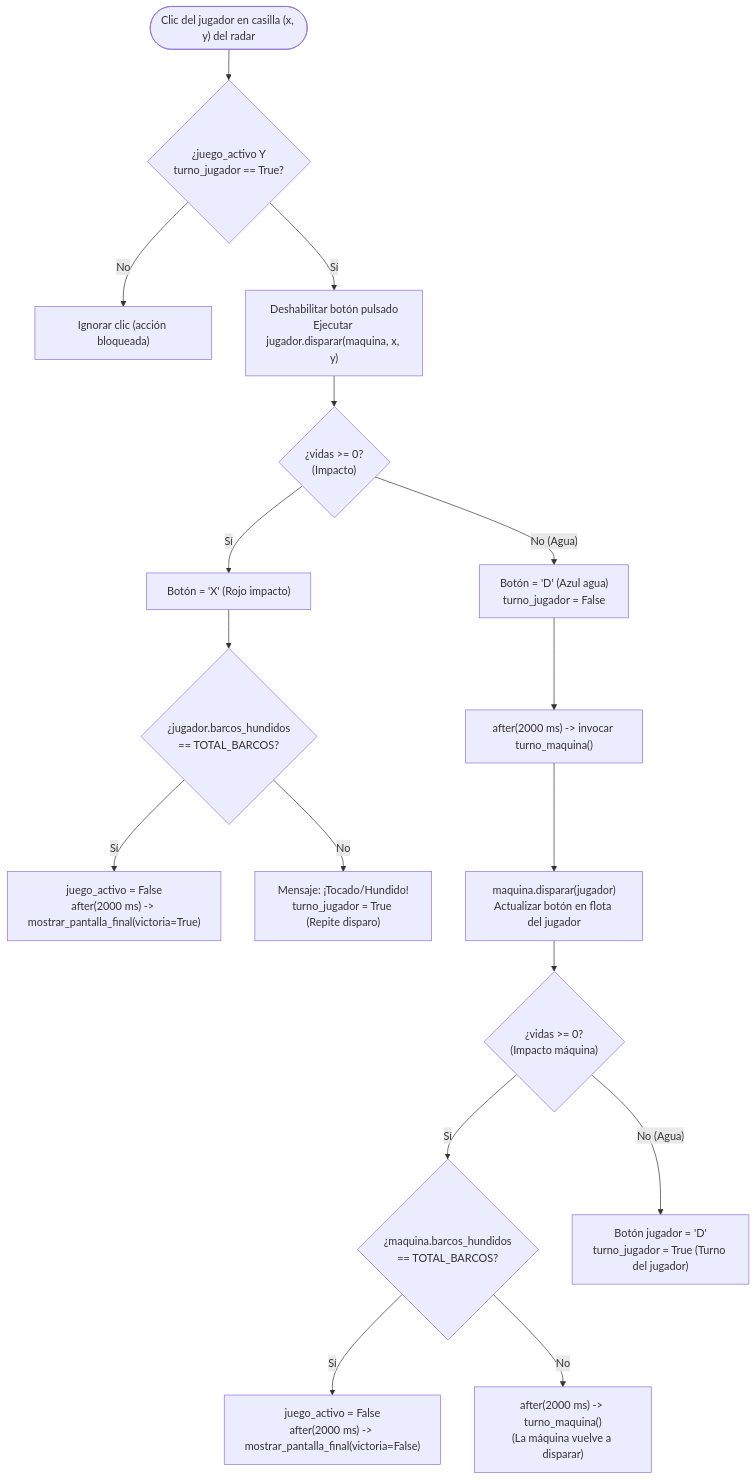
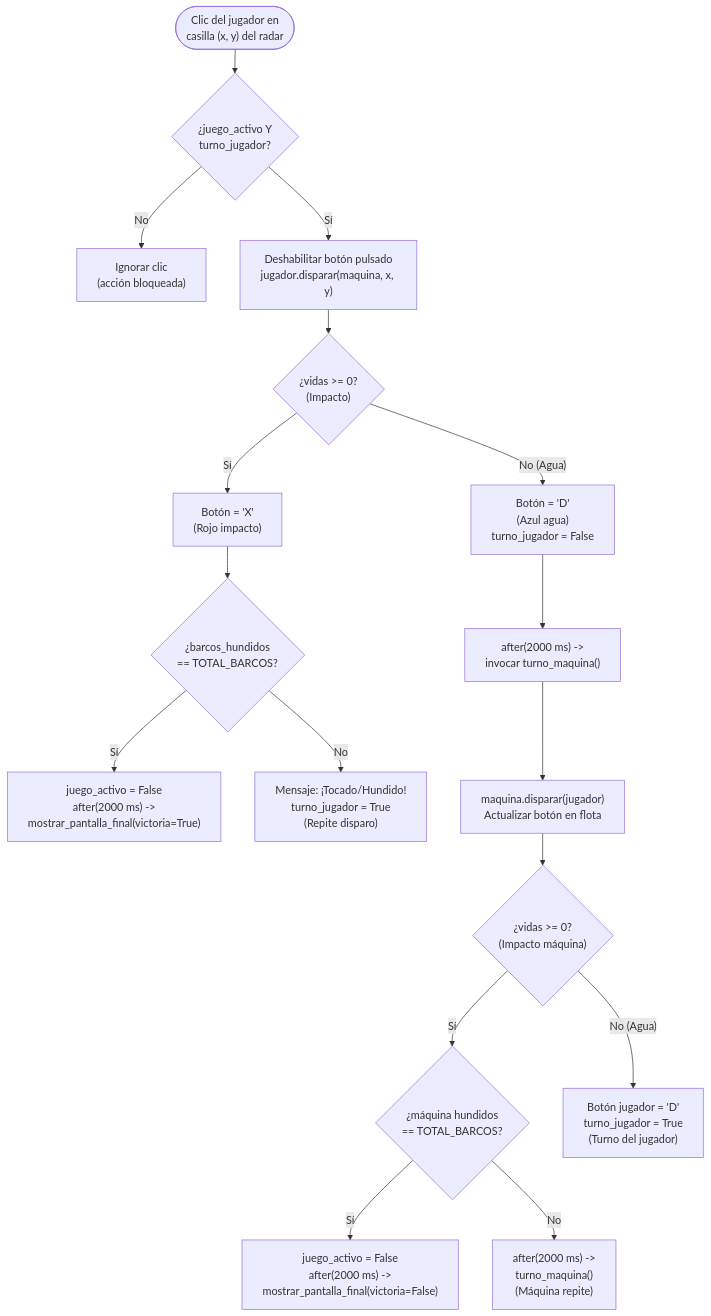
Before and after one commit to BorjaBG/HundirLaFlota: the third of 4 diagrams in README.md, drawn with Mermaid. The commit also changed other lines of this file, not shown here.

Commit message:
Fix textos diagramas README

````diff
--- a/README.md
+++ b/README.md
@@ -290,27 +290,27 @@
 ```mermaid
-%%{init: {'flowchart': {'nodePadding': 25, 'rankSpacing': 45}}}%%
+%%{init: {'flowchart': {'nodePadding': 15, 'rankSpacing': 35}}}%%
 graph TD
-    StartPlayer(["Clic del jugador en casilla (x, y) del radar"]) --> ValidateState{"¿juego_activo Y<br/>turno_jugador == True?"}
+    StartPlayer(["Clic del jugador en<br/>casilla (x, y) del radar"]) --> ValidateState{"¿juego_activo Y<br/>turno_jugador?"}
 
-    ValidateState -- No --> IgnoreClick["Ignorar clic (acción bloqueada)"]
-    ValidateState -- Sí --> DisableBtn["Deshabilitar botón pulsado<br/>Ejecutar jugador.disparar(maquina, x, y)"]
+    ValidateState -- No --> IgnoreClick["Ignorar clic<br/>(acción bloqueada)"]
+    ValidateState -- Sí --> DisableBtn["Deshabilitar botón pulsado<br/>jugador.disparar(maquina, x, y)"]
 
     DisableBtn --> CheckResult{"¿vidas >= 0?<br/>(Impacto)"}
 
-    CheckResult -- Sí --> MarkX["Botón = 'X' (Rojo impacto)"]
-    MarkX --> CheckWin{"¿jugador.barcos_hundidos<br/>== TOTAL_BARCOS?"}
-    CheckWin -- Sí --> WinGame["juego_activo = False<br/>after(2000 ms) -> mostrar_pantalla_final(victoria=True)"]
-    CheckWin -- No --> RepeatPlayer["Mensaje: ¡Tocado/Hundido!<br/>turno_jugador = True (Repite disparo)"]
+    CheckResult -- Sí --> MarkX["Botón = 'X'<br/>(Rojo impacto)"]
+    MarkX --> CheckWin{"¿barcos_hundidos<br/>== TOTAL_BARCOS?"}
+    CheckWin -- Sí --> WinGame["juego_activo = False<br/>after(2000 ms) -><br/>mostrar_pantalla_final(victoria=True)"]
+    CheckWin -- No --> RepeatPlayer["Mensaje: ¡Tocado/Hundido!<br/>turno_jugador = True<br/>(Repite disparo)"]
 
-    CheckResult -- No (Agua) --> MarkD["Botón = 'D' (Azul agua)<br/>turno_jugador = False"]
-    MarkD --> WaitTurn["after(2000 ms) -> invocar turno_maquina()"]
+    CheckResult -- No (Agua) --> MarkD["Botón = 'D'<br/>(Azul agua)<br/>turno_jugador = False"]
+    MarkD --> WaitTurn["after(2000 ms) -><br/>invocar turno_maquina()"]
 
-    WaitTurn --> MachineShoot["maquina.disparar(jugador)<br/>Actualizar botón en flota del jugador"]
+    WaitTurn --> MachineShoot["maquina.disparar(jugador)<br/>Actualizar botón en flota"]
     MachineShoot --> MachineResult{"¿vidas >= 0?<br/>(Impacto máquina)"}
 
-    MachineResult -- Sí --> CheckDefeat{"¿maquina.barcos_hundidos<br/>== TOTAL_BARCOS?"}
-    CheckDefeat -- Sí --> DefeatGame["juego_activo = False<br/>after(2000 ms) -> mostrar_pantalla_final(victoria=False)"]
-    CheckDefeat -- No --> RepeatMachine["after(2000 ms) -> turno_maquina()<br/>(La máquina vuelve a disparar)"]
+    MachineResult -- Sí --> CheckDefeat{"¿máquina hundidos<br/>== TOTAL_BARCOS?"}
+    CheckDefeat -- Sí --> DefeatGame["juego_activo = False<br/>after(2000 ms) -><br/>mostrar_pantalla_final(victoria=False)"]
+    CheckDefeat -- No --> RepeatMachine["after(2000 ms) -><br/>turno_maquina()<br/>(Máquina repite)"]
 
-    MachineResult -- No (Agua) --> PassToPlayer["Botón jugador = 'D'<br/>turno_jugador = True (Turno del jugador)"]
+    MachineResult -- No (Agua) --> PassToPlayer["Botón jugador = 'D'<br/>turno_jugador = True<br/>(Turno del jugador)"]
 ```
````
